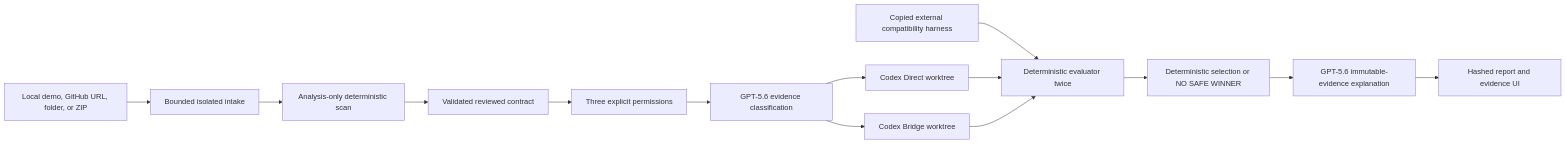
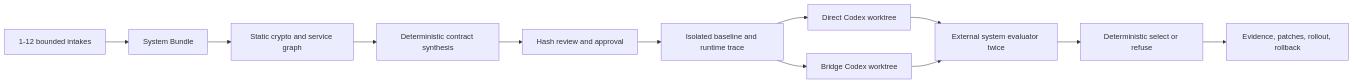
One commit to Shivansh3532/quantum-twin changed the diagram in ARCHITECTURE.md. Above: the diagram before and after it, drawn with Mermaid. The commit also changed other lines of this file and 120 other files, not shown here.

````diff
--- a/ARCHITECTURE.md
+++ b/ARCHITECTURE.md
@@ -3,16 +3,14 @@
 ```mermaid
 flowchart LR
-  U[Local demo, GitHub URL, folder, or ZIP] --> I[Bounded isolated intake]
-  I --> S[Analysis-only deterministic scan]
-  S --> C[Validated reviewed contract]
-  C --> P[Three explicit permissions]
-  P --> G[GPT-5.6 evidence classification]
-  G --> A[Codex Direct worktree]
-  G --> B[Codex Bridge worktree]
-  H[Copied external compatibility harness] --> E[Deterministic evaluator twice]
-  A --> E
-  B --> E
-  E --> D[Deterministic selection or NO SAFE WINNER]
-  D --> X[GPT-5.6 immutable-evidence explanation]
-  X --> O[Hashed report and evidence UI]
+  I[1-12 bounded intakes] --> B[System Bundle]
+  B --> G[Static crypto and service graph]
+  G --> C[Deterministic contract synthesis]
+  C --> R[Hash review and approval]
+  R --> L[Isolated baseline and runtime trace]
+  L --> D[Direct Codex worktree]
+  L --> K[Bridge Codex worktree]
+  D --> E[External system evaluator twice]
+  K --> E
+  E --> S[Deterministic select or refuse]
+  S --> X[Evidence, patches, rollout, rollback]
 ```
````
